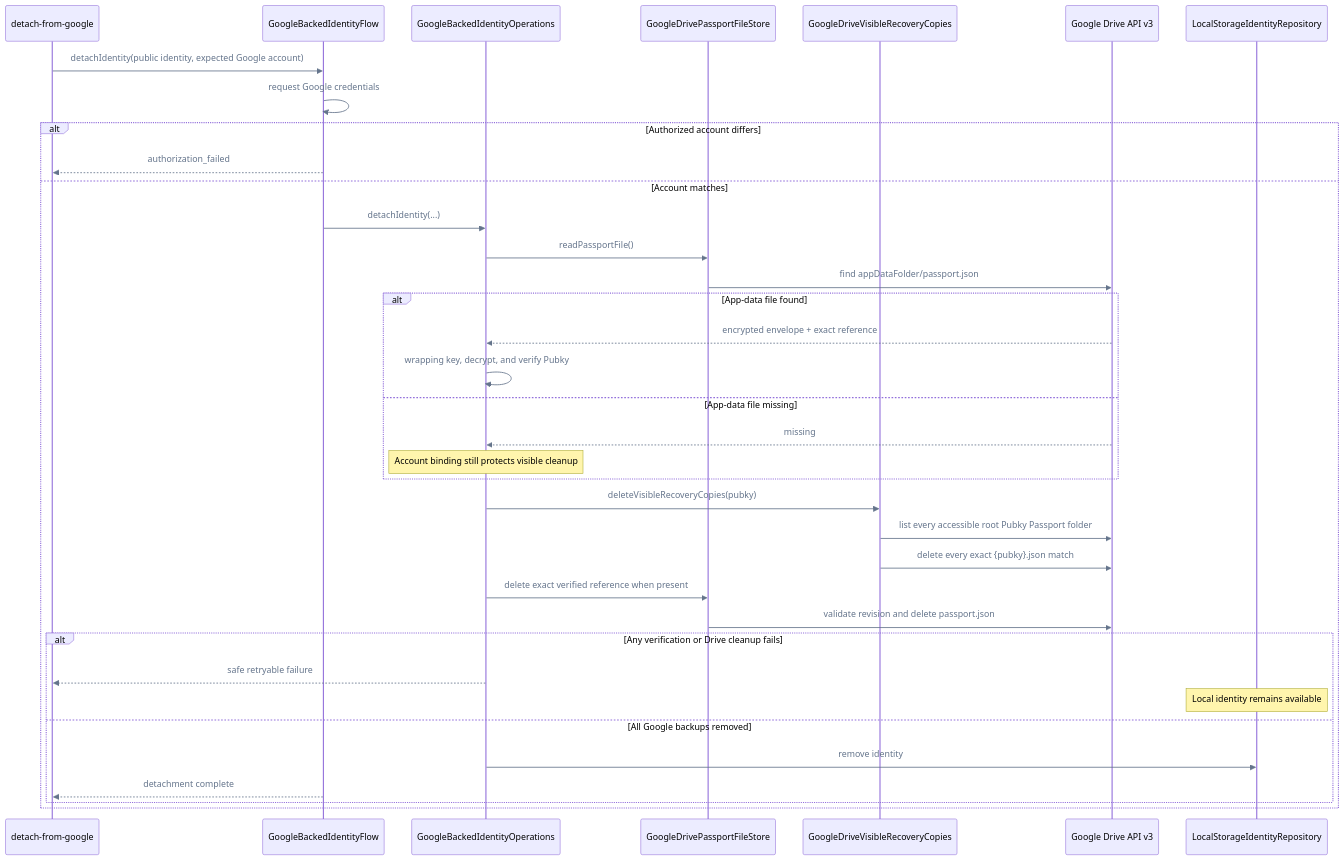
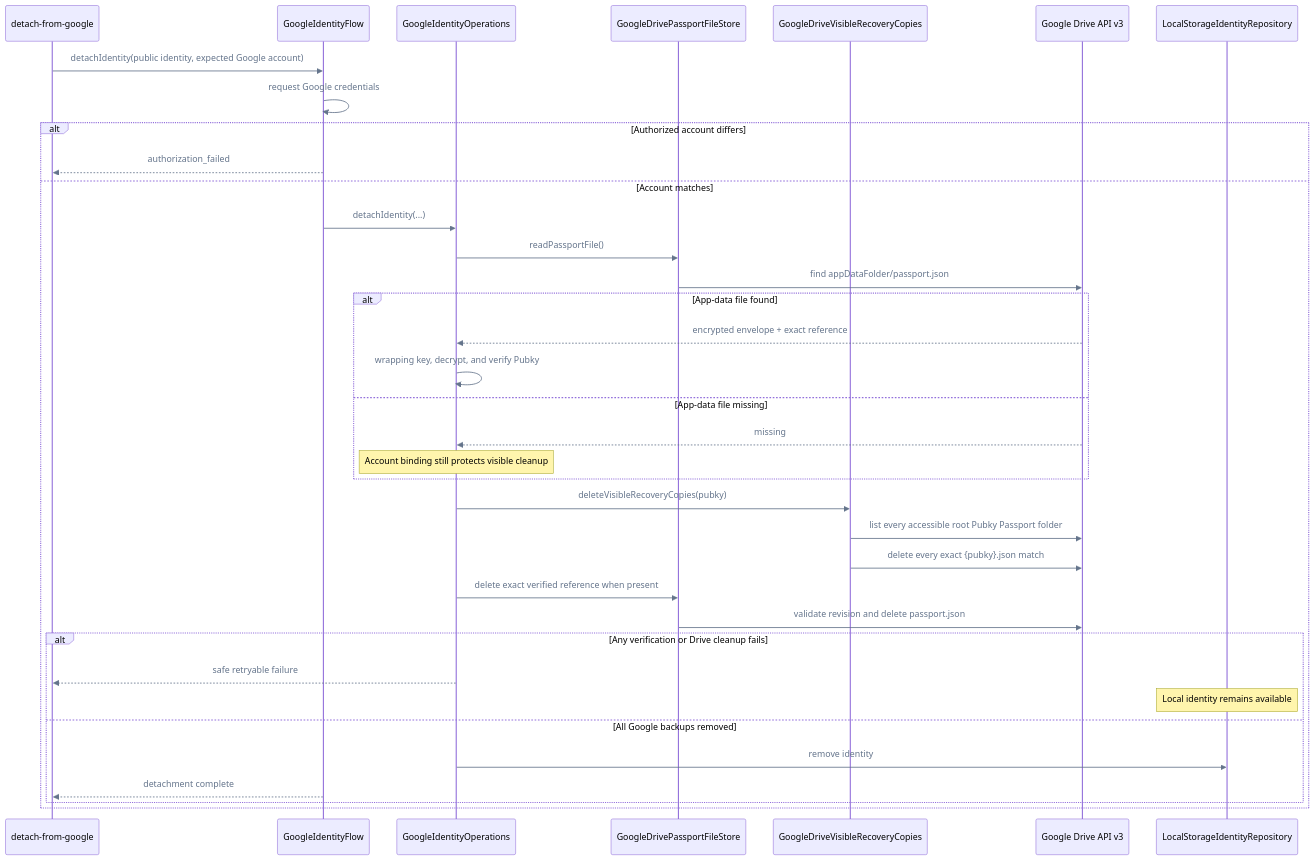
One commit to pubky/pubky-passport changed diagram 12 of 14 in FLOWS.md. Above: the diagram before and after it, drawn with Mermaid. The commit also changed other lines of this file and 65 other files, not shown here.

````diff
--- a/FLOWS.md
+++ b/FLOWS.md
@@ -618,42 +611,42 @@
 ```mermaid
 %%{init: {"themeVariables": {"signalColor": "#64748B", "signalTextColor": "#64748B"}}}%%
 sequenceDiagram
     accTitle: Detach a Pubky identity from Google
     accDescr: Passport verifies the account and identity, deletes every Google backup, and clears the local identity last.
     participant UI as detach-from-google
-    participant GoogleFlow as GoogleBackedIdentityFlow
-    participant Operations as GoogleBackedIdentityOperations
+    participant GoogleFlow as GoogleIdentityFlow
+    participant Operations as GoogleIdentityOperations
     participant DriveStore as GoogleDrivePassportFileStore
     participant VisibleCopies as GoogleDriveVisibleRecoveryCopies
     participant Drive as Google Drive API v3
     participant Local as LocalStorageIdentityRepository
 
     UI->>GoogleFlow: detachIdentity(public identity, expected Google account)
     GoogleFlow->>GoogleFlow: request Google credentials
     alt Authorized account differs
         GoogleFlow-->>UI: authorization_failed
     else Account matches
         GoogleFlow->>Operations: detachIdentity(...)
         Operations->>DriveStore: readPassportFile()
         DriveStore->>Drive: find appDataFolder/passport.json
         alt App-data file found
             Drive-->>Operations: encrypted envelope + exact reference
             Operations->>Operations: wrapping key, decrypt, and verify Pubky
         else App-data file missing
             Drive-->>Operations: missing
             Note over Operations: Account binding still protects visible cleanup
         end
         Operations->>VisibleCopies: deleteVisibleRecoveryCopies(pubky)
         VisibleCopies->>Drive: list every accessible root Pubky Passport folder
         VisibleCopies->>Drive: delete every exact {pubky}.json match
         Operations->>DriveStore: delete exact verified reference when present
         DriveStore->>Drive: validate revision and delete passport.json
         alt Any verification or Drive cleanup fails
             Operations-->>UI: safe retryable failure
             Note over Local: Local identity remains available
         else All Google backups removed
             Operations->>Local: remove identity
             GoogleFlow-->>UI: detachment complete
         end
     end
 ```
````
